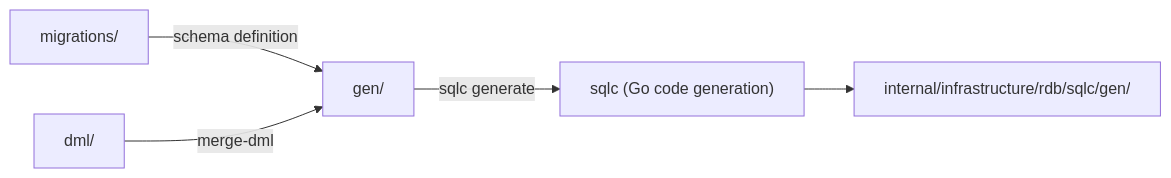
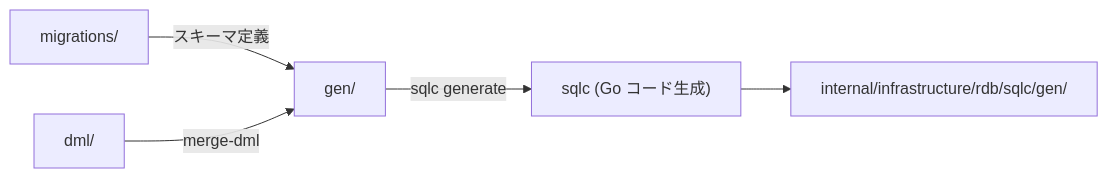
Before and after one commit to Tomy-ch/go-boilerplate: the diagram in database/README.md, drawn with Mermaid. The commit also changed other lines of this file and 970 other files, not shown here.

````diff
--- a/database/README.md
+++ b/database/README.md
@@ -19,13 +19,13 @@
 ```mermaid
 flowchart LR
     migrations["migrations/"]
     dml["dml/"]
     gen["gen/"]
-    sqlc["sqlc (Go code generation)"]
+    sqlc["sqlc (Go コード生成)"]
     infra["internal/infrastructure/rdb/sqlc/gen/"]
 
-    migrations -->|"schema definition"| gen
+    migrations -->|"スキーマ定義"| gen
     dml -->|"merge-dml"| gen
     gen -->|"sqlc generate"| sqlc
     sqlc --> infra
 ```
````
